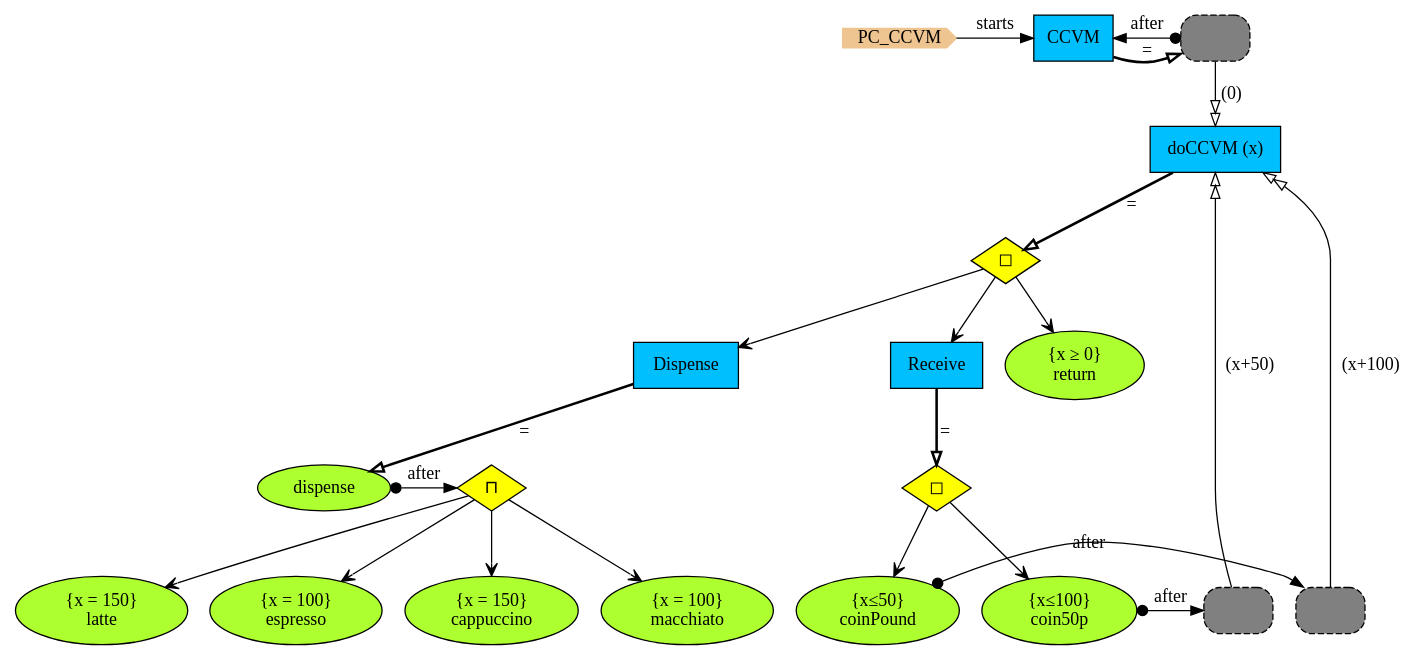
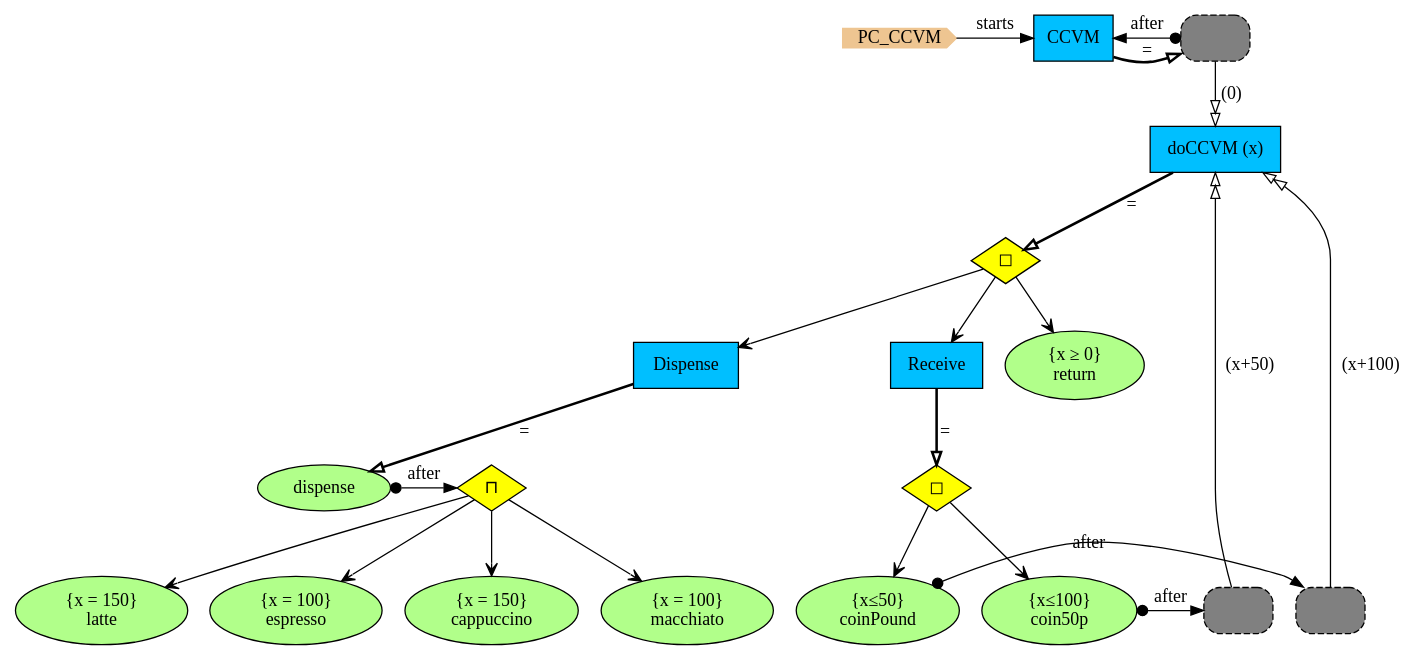
Before and after one commit to namalio/Fragmenta: the diagram in Haskell/PCs/Examples/img/PC_CCVM.gv, drawn with Graphviz. The commit also changed 70 other files, not shown here.

```diff
--- a/Haskell/PCs/Examples/img/PC_CCVM.gv
+++ b/Haskell/PCs/Examples/img/PC_CCVM.gv
@@ -1,58 +1,58 @@
 digraph {
 
 StartN_ [shape = cds,color=burlywood2,style=filled,height=.2,width=.2, label =PC_CCVM];
 
 CCVM [shape=box,fillcolor=deepskyblue,style = filled,label="CCVM"];
 doCCVM [shape=box,fillcolor=deepskyblue,style = filled,label="doCCVM (x)"];
 Dispense [shape=box,fillcolor=deepskyblue,style = filled,label="Dispense"];
-Op20286a6b [shape=diamond,fillcolor=yellow,style=filled,label="◻︎"];
-coinPound [shape=ellipse,fillcolor=greenyellow,style=filled,label=" {x≤50}
+Op64173135 [shape=diamond,fillcolor=yellow,style=filled,label="◻︎"];
+coinPound [shape=ellipse,fillcolor="#B1FF8A",style=filled,label=" {x≤50}
 coinPound"];
-RefdoCCVM7b9359ca [shape=rectangle,fillcolor=gray,style="rounded,filled,dashed",label=""];
-dispense [shape=ellipse,fillcolor=greenyellow,style=filled,label="dispense"];
-latte [shape=ellipse,fillcolor=greenyellow,style=filled,label=" {x = 150}
+RefdoCCVM6c748c4e [shape=rectangle,fillcolor=gray,style="rounded,filled,dashed",label=""];
+dispense [shape=ellipse,fillcolor="#B1FF8A",style=filled,label="dispense"];
+latte [shape=ellipse,fillcolor="#B1FF8A",style=filled,label=" {x = 150}
 latte"];
-espresso [shape=ellipse,fillcolor=greenyellow,style=filled,label=" {x = 100}
+espresso [shape=ellipse,fillcolor="#B1FF8A",style=filled,label=" {x = 100}
 espresso"];
-cappuccino [shape=ellipse,fillcolor=greenyellow,style=filled,label=" {x = 150}
+cappuccino [shape=ellipse,fillcolor="#B1FF8A",style=filled,label=" {x = 150}
 cappuccino"];
-macchiato [shape=ellipse,fillcolor=greenyellow,style=filled,label=" {x = 100}
+macchiato [shape=ellipse,fillcolor="#B1FF8A",style=filled,label=" {x = 100}
 macchiato"];
-Op5e1913ec [shape=diamond,fillcolor=yellow,style=filled,label="⊓"];
-RefdoCCVM9a86873 [shape=rectangle,fillcolor=gray,style="rounded,filled,dashed",label=""];
-return [shape=ellipse,fillcolor=greenyellow,style=filled,label=" {x ≥ 0}
+Op7935d8bf [shape=diamond,fillcolor=yellow,style=filled,label="⊓"];
+RefdoCCVM6334ae13 [shape=rectangle,fillcolor=gray,style="rounded,filled,dashed",label=""];
+return [shape=ellipse,fillcolor="#B1FF8A",style=filled,label=" {x ≥ 0}
 return"];
-coin50p [shape=ellipse,fillcolor=greenyellow,style=filled,label=" {x≤100}
+coin50p [shape=ellipse,fillcolor="#B1FF8A",style=filled,label=" {x≤100}
 coin50p"];
-Op2d21b460 [shape=diamond,fillcolor=yellow,style=filled,label="◻︎"];
+Op4cf8cb78 [shape=diamond,fillcolor=yellow,style=filled,label="◻︎"];
 Receive [shape=box,fillcolor=deepskyblue,style = filled,label="Receive"];
-RefdoCCVM2229ce7e [shape=rectangle,fillcolor=gray,style="rounded,filled,dashed",label=""];
+RefdoCCVM260224c7 [shape=rectangle,fillcolor=gray,style="rounded,filled,dashed",label=""];
 
-{rank=same;Op5e1913ec,dispense}
-{rank=same;RefdoCCVM7b9359ca,coin50p}
-{rank=same;CCVM,RefdoCCVM2229ce7e}
-{rank=same;RefdoCCVM9a86873,coinPound}
+{rank=same;Op7935d8bf,dispense}
+{rank=same;RefdoCCVM6c748c4e,coin50p}
+{rank=same;CCVM,RefdoCCVM260224c7}
+{rank=same;RefdoCCVM6334ae13,coinPound}
 {rank=same;CCVM,StartN_}
 
-Op5e1913ec->cappuccino[arrowhead="open"];
-Op5e1913ec->macchiato[arrowhead="open"];
-dispense->Op5e1913ec[arrowtail=dot,dir=both,label="after"];
-RefdoCCVM7b9359ca->doCCVM[arrowhead="normalnormal",fillcolor=white,label=" (x+50)"];
-coin50p->RefdoCCVM7b9359ca[arrowtail=dot,dir=both,label="after"];
-Op20286a6b->coin50p[arrowhead="open"];
-Op2d21b460->Dispense[arrowhead="open"];
-RefdoCCVM2229ce7e->doCCVM[arrowhead="normalnormal",fillcolor=white,label=" (0)"];
-RefdoCCVM2229ce7e->CCVM[arrowtail=dot,dir=both,label="after"];
-Op2d21b460->Receive[arrowhead="open"];
-Op2d21b460->return[arrowhead="open"];
-Op20286a6b->coinPound[arrowhead="open"];
-coinPound->RefdoCCVM9a86873[arrowtail=dot,dir=both,label="after"];
-RefdoCCVM9a86873->doCCVM[arrowhead="normalnormal",fillcolor=white,label=" (x+100)"];
-Op5e1913ec->latte[arrowhead="open"];
-Op5e1913ec->espresso[arrowhead="open"];
-CCVM->RefdoCCVM2229ce7e[arrowhead="onormal",penwidth=2,label="="];
-doCCVM->Op2d21b460[arrowhead="onormal",penwidth=2,label="="];
+Op7935d8bf->cappuccino[arrowhead="open"];
+Op7935d8bf->macchiato[arrowhead="open"];
+dispense->Op7935d8bf[arrowtail=dot,dir=both,label="after"];
+RefdoCCVM6c748c4e->doCCVM[arrowhead="normalnormal",fillcolor=white,label=" (x+50)"];
+coin50p->RefdoCCVM6c748c4e[arrowtail=dot,dir=both,label="after"];
+Op64173135->coin50p[arrowhead="open"];
+Op4cf8cb78->Dispense[arrowhead="open"];
+RefdoCCVM260224c7->doCCVM[arrowhead="normalnormal",fillcolor=white,label=" (0)"];
+RefdoCCVM260224c7->CCVM[arrowtail=dot,dir=both,label="after"];
+Op4cf8cb78->Receive[arrowhead="open"];
+Op4cf8cb78->return[arrowhead="open"];
+Op64173135->coinPound[arrowhead="open"];
+coinPound->RefdoCCVM6334ae13[arrowtail=dot,dir=both,label="after"];
+RefdoCCVM6334ae13->doCCVM[arrowhead="normalnormal",fillcolor=white,label=" (x+100)"];
+Op7935d8bf->latte[arrowhead="open"];
+Op7935d8bf->espresso[arrowhead="open"];
+CCVM->RefdoCCVM260224c7[arrowhead="onormal",penwidth=2,label="="];
+doCCVM->Op4cf8cb78[arrowhead="onormal",penwidth=2,label="="];
 Dispense->dispense[arrowhead="onormal",penwidth=2,label="="];
-Receive->Op20286a6b[arrowhead="onormal",penwidth=2,label="="];
+Receive->Op64173135[arrowhead="onormal",penwidth=2,label="="];
 StartN_->CCVM[label="starts"];
 }
```
